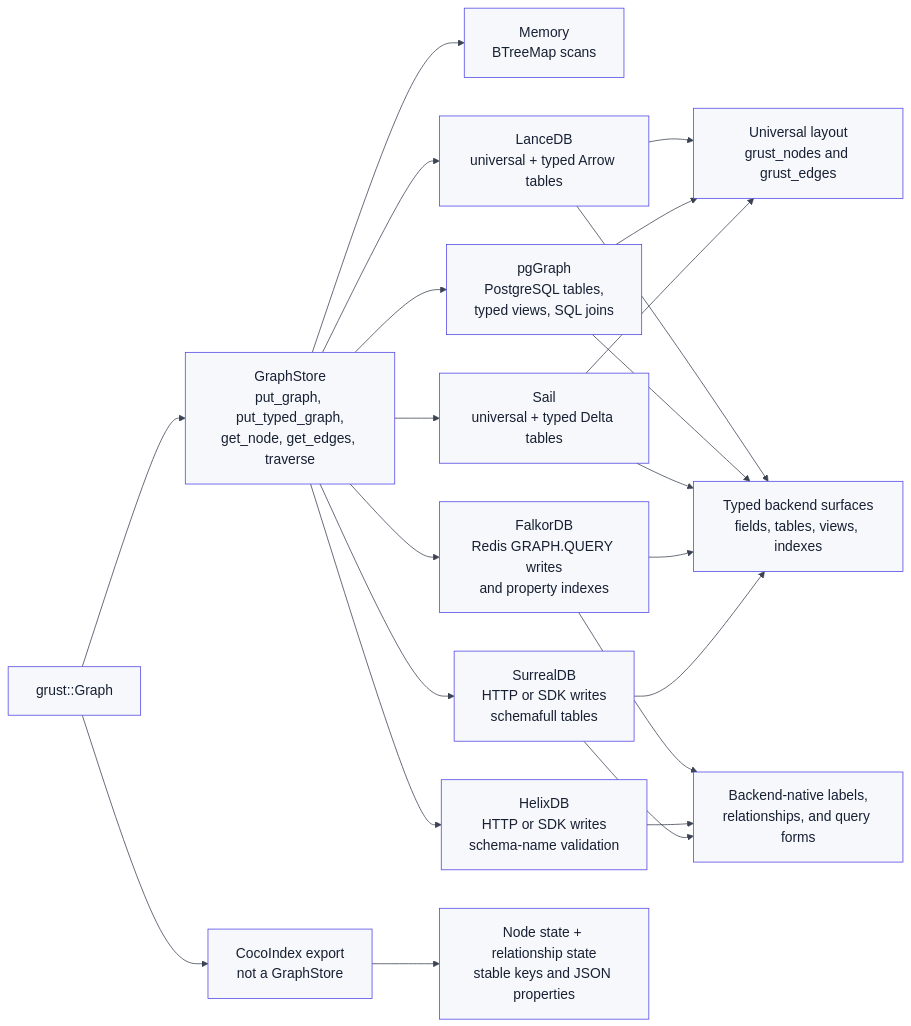
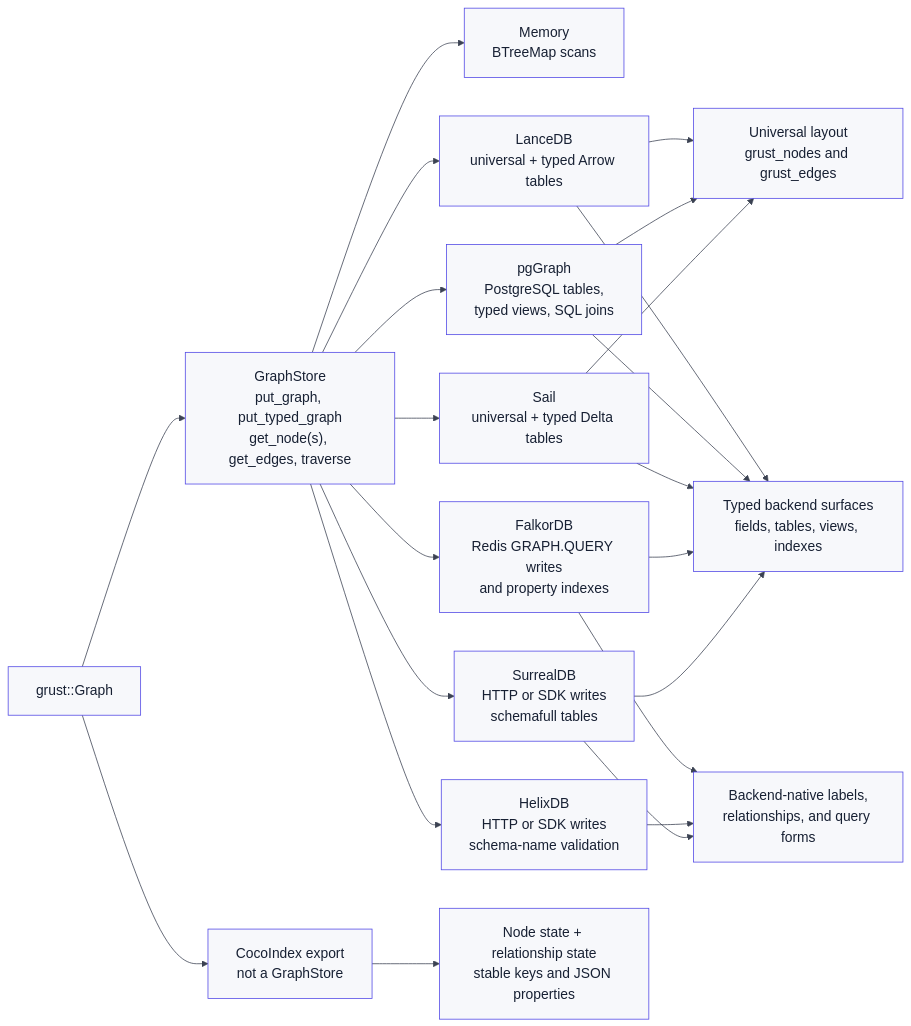
The diagram in docs/blog/grust-overview/diagrams/grust-backend-map.mmd (alexy/grust), drawn with Mermaid before and after one commit. The commit also changed 29 other files, not shown here.

```diff
--- a/docs/blog/grust-overview/diagrams/grust-backend-map.mmd
+++ b/docs/blog/grust-overview/diagrams/grust-backend-map.mmd
@@ -1,28 +1,28 @@
 %%{init: {"theme": "base", "themeVariables": {"fontFamily": "Inter, Arial, sans-serif", "fontSize": "18px", "primaryColor": "#f7f8fb", "primaryTextColor": "#172033", "primaryBorderColor": "#4f46e5", "lineColor": "#3b4252", "secondaryColor": "#eef6f0", "tertiaryColor": "#fff6df"}, "flowchart": {"htmlLabels": false, "nodeSpacing": 50, "rankSpacing": 58, "padding": 18}}}%%
 flowchart LR
-  graphObj["grust::Graph"] --> store["GraphStore\nput_graph, put_typed_graph,\nget_node, get_edges, traverse"]
+  graphObj["grust::Graph"] --> store["GraphStore\nput_graph, put_typed_graph\nget_node(s), get_edges, traverse"]
   graphObj --> coco["CocoIndex export\nnot a GraphStore"]
 
   store --> memory["Memory\nBTreeMap scans"]
   store --> lancedb["LanceDB\nuniversal + typed Arrow tables"]
   store --> pggraph["pgGraph\nPostgreSQL tables,\ntyped views, SQL joins"]
   store --> sail["Sail\nuniversal + typed Delta tables"]
   store --> falkor["FalkorDB\nRedis GRAPH.QUERY writes\nand property indexes"]
   store --> helix["HelixDB\nHTTP or SDK writes\nschema-name validation"]
   store --> surreal["SurrealDB\nHTTP or SDK writes\nschemafull tables"]
 
   lancedb --> universal["Universal layout\ngrust_nodes and grust_edges"]
   pggraph --> universal
   sail --> universal
 
   lancedb --> typed["Typed backend surfaces\nfields, tables, views, indexes"]
   pggraph --> typed
   sail --> typed
   falkor --> typed
   surreal --> typed
 
   falkor --> native["Backend-native labels,\nrelationships, and query forms"]
   helix --> native
   surreal --> native
 
   coco --> state["Node state + relationship state\nstable keys and JSON properties"]
```
